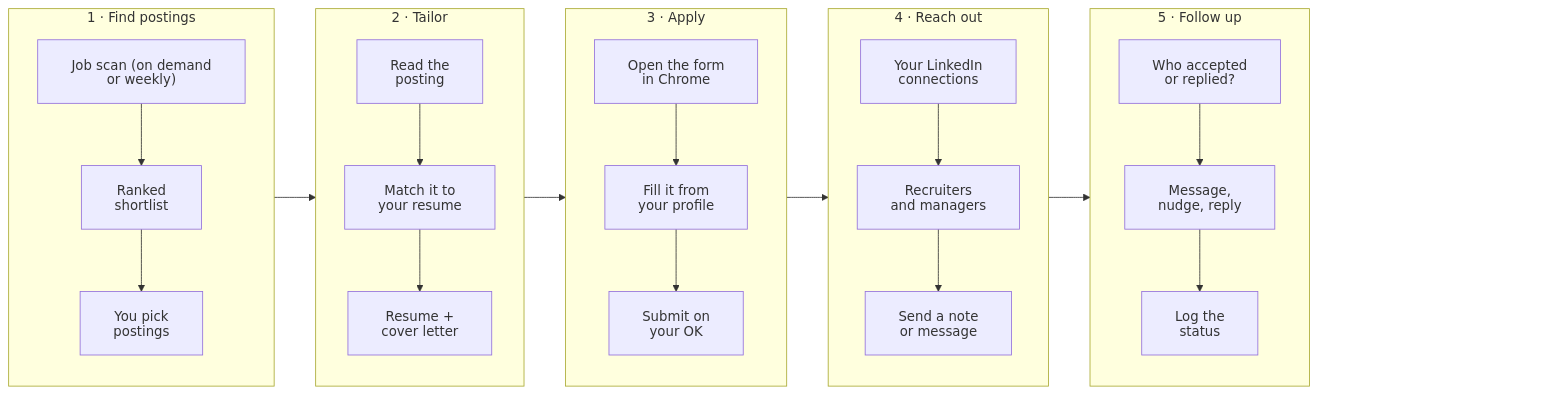
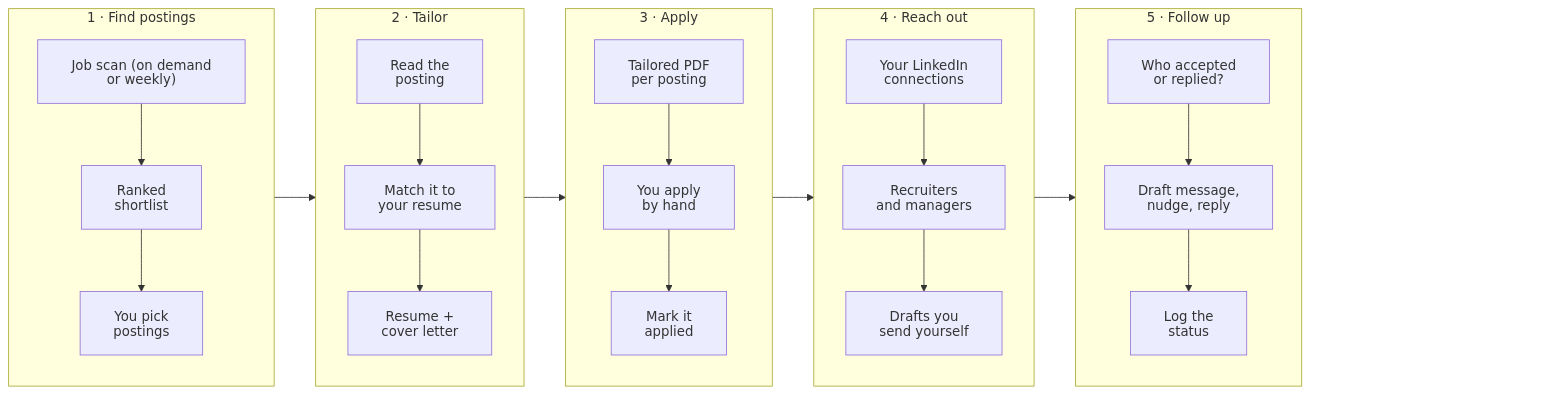
The first of 3 diagrams in README.md (alymo8/jobapps), drawn with Mermaid before and after one commit. The commit also changed other lines of this file and 32 other files, not shown here.

````diff
--- a/README.md
+++ b/README.md
@@ -11,27 +12,27 @@
 ```mermaid
 %%{init: {"htmlLabels": false, "flowchart": {"htmlLabels": false, "padding": 20}}}%%
 flowchart LR
     subgraph S1["1 · Find postings"]
         direction TB
         S10["Job scan (on demand<br/>or weekly)"] --> S11["Ranked<br/>shortlist"] --> S12["You pick<br/>postings"]
     end
     subgraph S2["2 · Tailor"]
         direction TB
         S20["Read the<br/>posting"] --> S21["Match it to<br/>your resume"] --> S22["Resume +<br/>cover letter"]
     end
     subgraph S3["3 · Apply"]
         direction TB
-        S30["Open the form<br/>in Chrome"] --> S31["Fill it from<br/>your profile"] --> S32["Submit on<br/>your OK"]
+        S30["Tailored PDF<br/>per posting"] --> S31["You apply<br/>by hand"] --> S32["Mark it<br/>applied"]
     end
     subgraph S4["4 · Reach out"]
         direction TB
-        S40["Your LinkedIn<br/>connections"] --> S41["Recruiters<br/>and managers"] --> S42["Send a note<br/>or message"]
+        S40["Your LinkedIn<br/>connections"] --> S41["Recruiters<br/>and managers"] --> S42["Drafts you<br/>send yourself"]
     end
     subgraph S5["5 · Follow up"]
         direction TB
-        S50["Who accepted<br/>or replied?"] --> S51["Message,<br/>nudge, reply"] --> S52["Log the<br/>status"]
+        S50["Who accepted<br/>or replied?"] --> S51["Draft message,<br/>nudge, reply"] --> S52["Log the<br/>status"]
     end
     S1 --> S2 --> S3 --> S4 --> S5
     S5 ~~~ PAD["room for the zoom buttons"]
     style PAD fill:none,stroke:none,color:transparent
 ```
````
